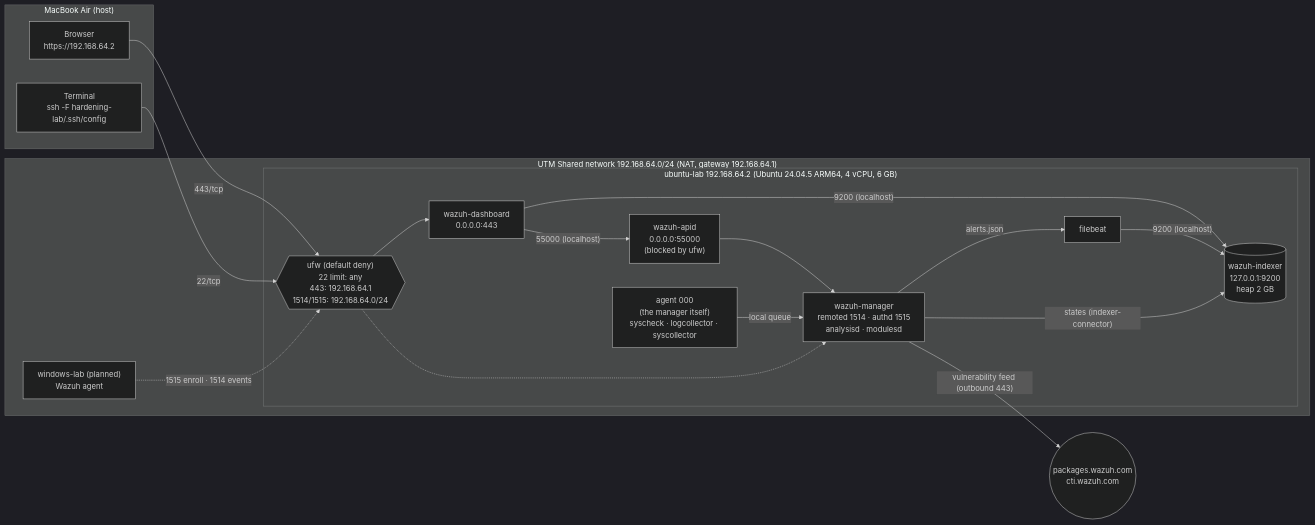
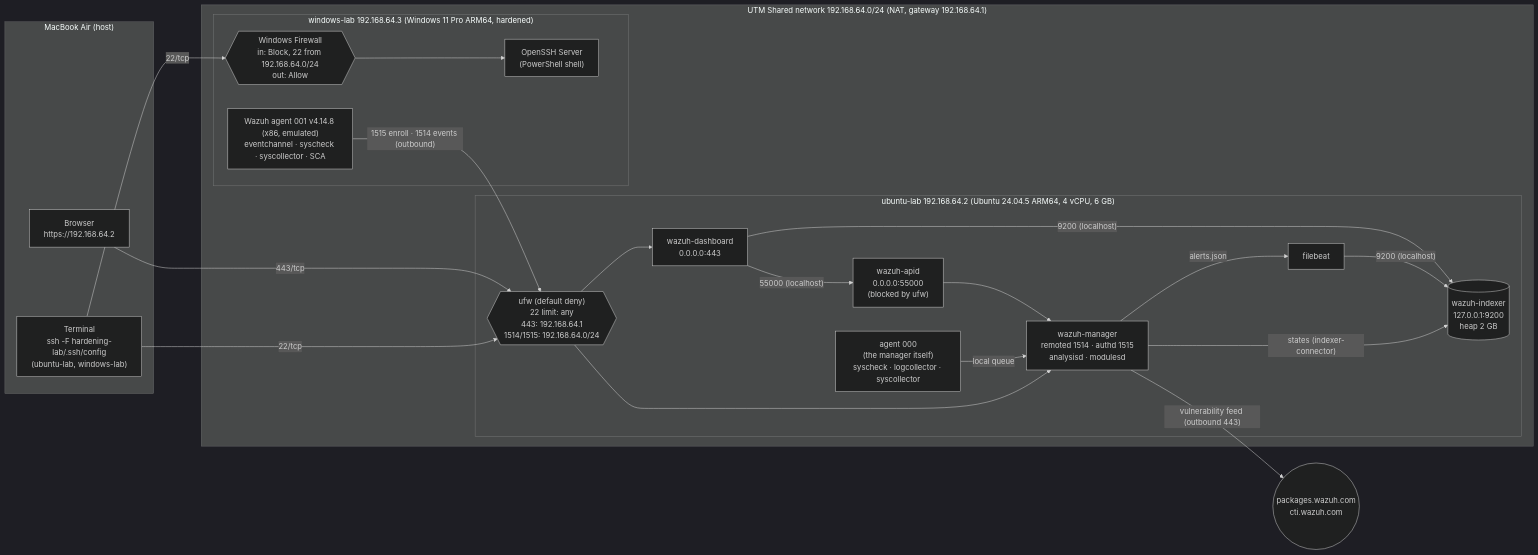
The diagram in docs/network-diagram.md (Emre3169/wazuh-lab), drawn with Mermaid (dark theme) before and after one commit. The commit also changed other lines of this file and 4 other files, not shown here.

Commit message:
windows agent + triggers

````diff
--- a/docs/network-diagram.md
+++ b/docs/network-diagram.md
@@ -6,32 +6,37 @@
 ```mermaid
 flowchart LR
   subgraph mac["MacBook Air (host)"]
     browser["Browser<br/>https://192.168.64.2"]
-    term["Terminal<br/>ssh -F hardening-lab/.ssh/config"]
+    term["Terminal<br/>ssh -F hardening-lab/.ssh/config<br/>(ubuntu-lab, windows-lab)"]
   end
 
   subgraph utm["UTM Shared network 192.168.64.0/24 (NAT, gateway 192.168.64.1)"]
     subgraph vm["ubuntu-lab 192.168.64.2 (Ubuntu 24.04.5 ARM64, 4 vCPU, 6 GB)"]
       ufw{{"ufw (default deny)<br/>22 limit: any<br/>443: 192.168.64.1<br/>1514/1515: 192.168.64.0/24"}}
       dash["wazuh-dashboard<br/>0.0.0.0:443"]
       api["wazuh-apid<br/>0.0.0.0:55000<br/>(blocked by ufw)"]
       mgr["wazuh-manager<br/>remoted 1514 · authd 1515<br/>analysisd · modulesd"]
       agent0["agent 000<br/>(the manager itself)<br/>syscheck · logcollector · syscollector"]
       fb["filebeat"]
       idx[("wazuh-indexer<br/>127.0.0.1:9200<br/>heap 2 GB")]
     end
-    win["windows-lab (planned)<br/>Wazuh agent"]
+    subgraph winvm["windows-lab 192.168.64.3 (Windows 11 Pro ARM64, hardened)"]
+      wfw{{"Windows Firewall<br/>in: Block, 22 from 192.168.64.0/24<br/>out: Allow"}}
+      wagent["Wazuh agent 001 v4.14.8 (x86, emulated)<br/>eventchannel · syscheck · syscollector · SCA"]
+      sshd["OpenSSH Server<br/>(PowerShell shell)"]
+    end
   end
 
   internet(("packages.wazuh.com<br/>cti.wazuh.com"))
 
   browser -- "443/tcp" --> ufw --> dash
   term -- "22/tcp" --> ufw
   dash -- "55000 (localhost)" --> api --> mgr
   dash -- "9200 (localhost)" --> idx
   agent0 -- "local queue" --> mgr
   mgr -- "alerts.json" --> fb -- "9200 (localhost)" --> idx
   mgr -- "states (indexer-connector)" --> idx
-  win -. "1515 enroll · 1514 events" .-> ufw -.-> mgr
+  wagent -- "1515 enroll · 1514 events (outbound)" --> ufw --> mgr
+  term -- "22/tcp" --> wfw --> sshd
   mgr -- "vulnerability feed (outbound 443)" --> internet
 ```
````
